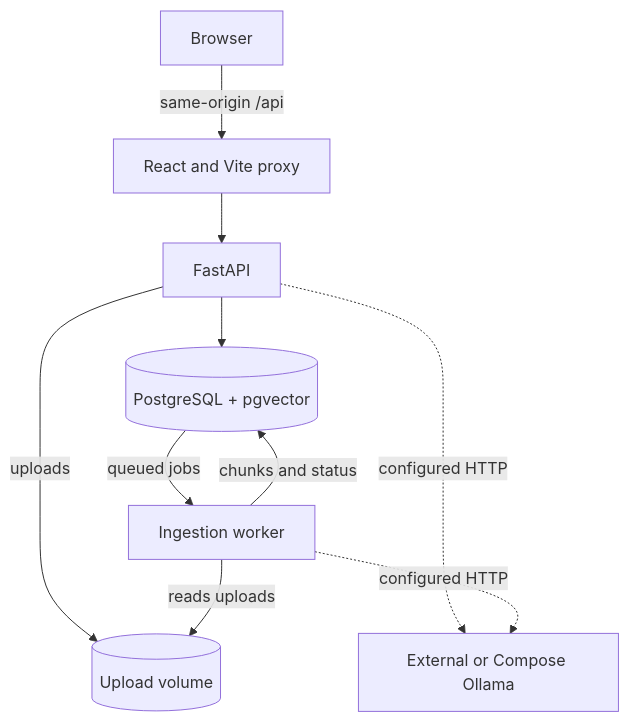
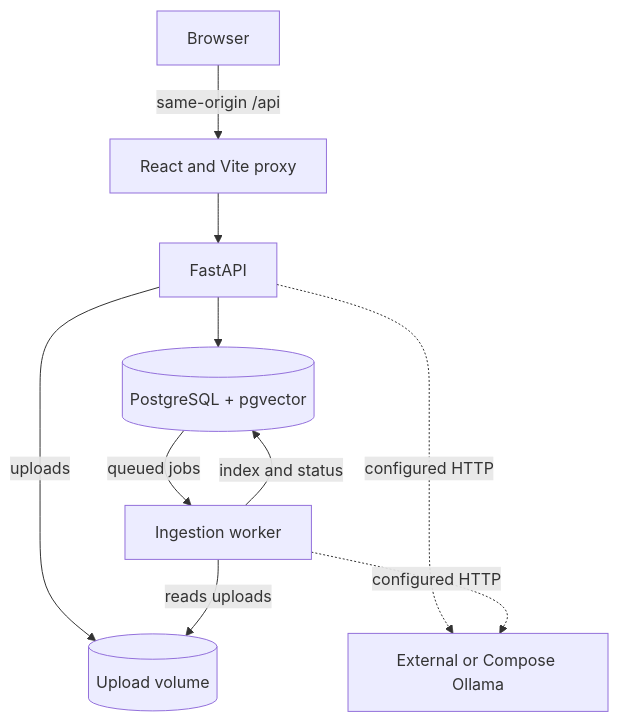
The diagram in README.md (kereszteszsolt/cite-nook-ai), drawn with Mermaid before and after one commit. The commit also changed other lines of this file and 20 other files, not shown here.

````diff
--- a/README.md
+++ b/README.md
@@ -40,12 +40,12 @@
 ```mermaid
 flowchart TD
     BROWSER[Browser] -->|same-origin /api| WEB[React and Vite proxy]
     WEB --> API[FastAPI]
     API --> DB[(PostgreSQL + pgvector)]
     DB -->|queued jobs| WORKER[Ingestion worker]
-    WORKER -->|chunks and status| DB
+    WORKER -->|index and status| DB
     API -->|uploads| FILES[(Upload volume)]
     WORKER -->|reads uploads| FILES
     API -. configured HTTP .-> OLLAMA[External or Compose Ollama]
     WORKER -. configured HTTP .-> OLLAMA
 ```
````
